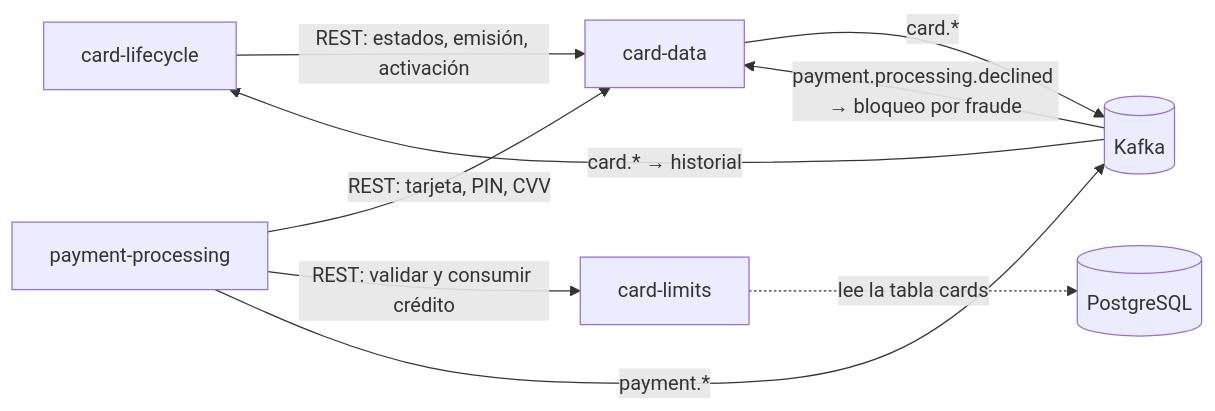
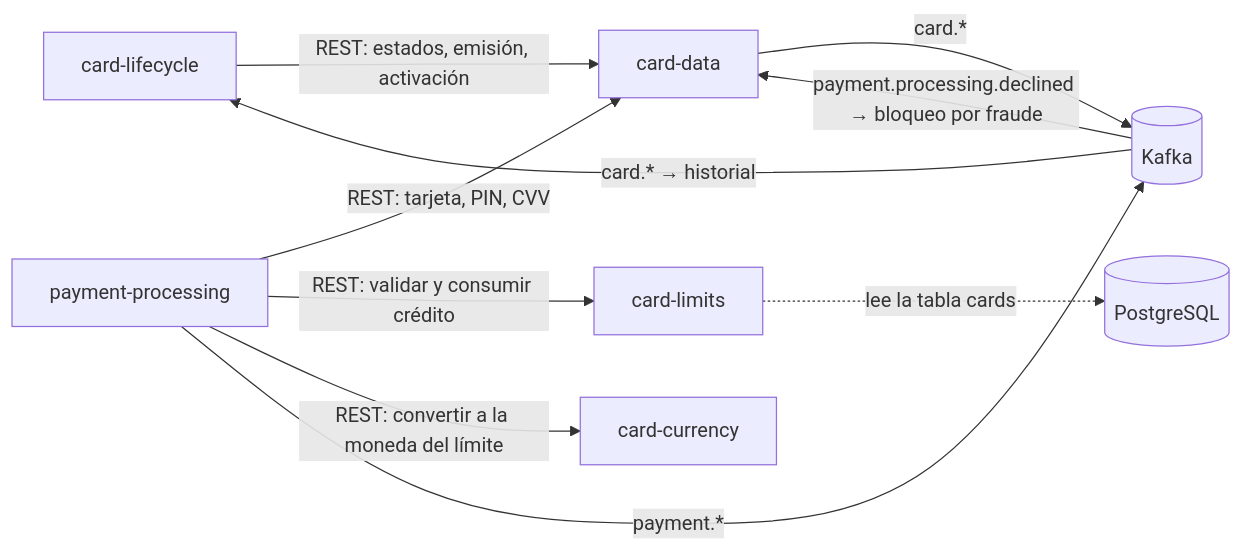
Before and after one commit to creditcard-management/card-management-service: the diagram in README.md, drawn with Mermaid. The commit also changed other lines of this file and 29 other files, not shown here.

First line of the commit message:
payment-processing: bill foreign-currency payments with card-currency

````diff
--- a/README.md
+++ b/README.md
@@ -32,11 +32,12 @@
 ```mermaid
 flowchart LR
     CL[card-lifecycle] -->|REST: estados, emisión, activación| CD[card-data]
     PP[payment-processing] -->|REST: tarjeta, PIN, CVV| CD
     PP -->|REST: validar y consumir crédito| LIM[card-limits]
+    PP -->|REST: convertir a la moneda del límite| CUR[card-currency]
     LIM -.->|lee la tabla cards| DB[(PostgreSQL)]
     CD -->|card.*| K[(Kafka)]
     K -->|card.* → historial| CL
     PP -->|payment.*| K
     K -->|payment.processing.declined → bloqueo por fraude| CD
 ```
````
